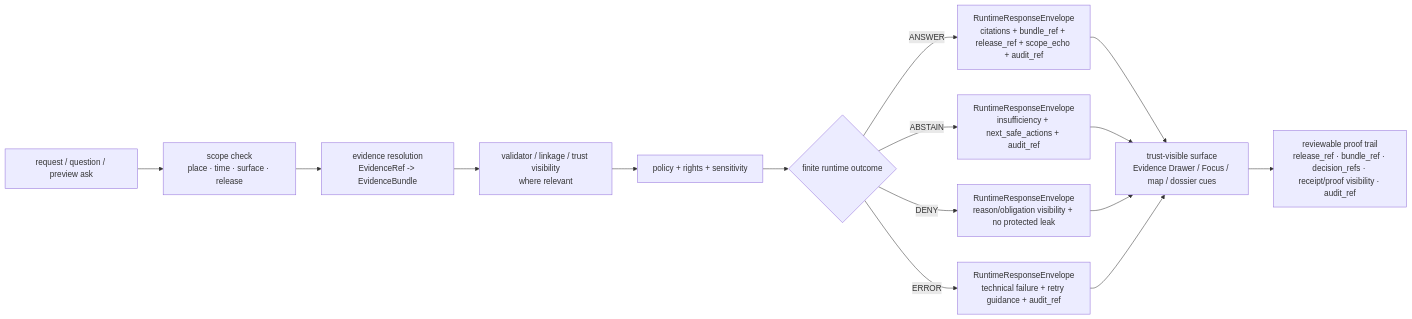
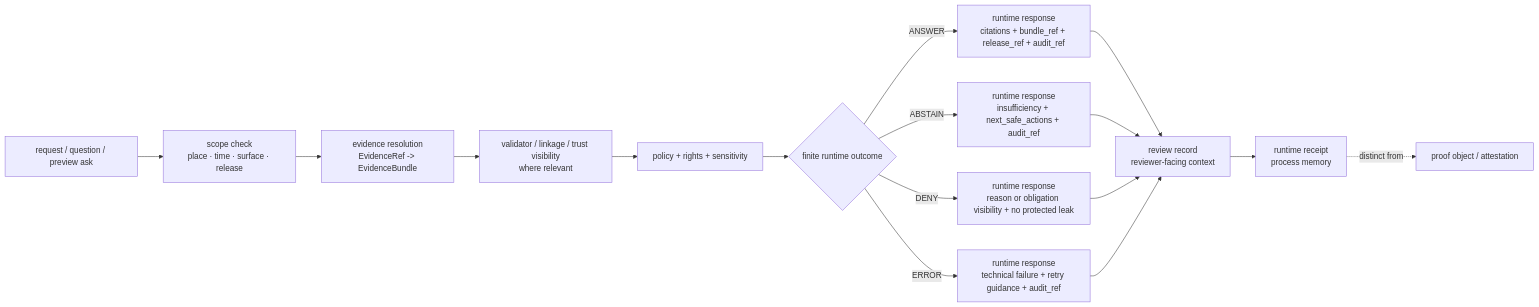
The diagram in tests/e2e/runtime_proof/README.md (bartytime4life/Kansas-Frontier-Matrix), drawn with Mermaid before and after one commit. The commit also changed other lines of this file, not shown here.

First line of the commit message:
Revise README for runtime proof with updated metadata

````diff
--- a/tests/e2e/runtime_proof/README.md
+++ b/tests/e2e/runtime_proof/README.md
@@ -415,20 +457,21 @@
 ```mermaid
 flowchart LR
     Q["request / question / preview ask"] --> S["scope check<br/>place · time · surface · release"]
     S --> ER["evidence resolution<br/>EvidenceRef -> EvidenceBundle"]
     ER --> V["validator / linkage / trust visibility<br/>where relevant"]
     V --> P["policy + rights + sensitivity"]
     P --> O{"finite runtime outcome"}
 
-    O -->|ANSWER| A["RuntimeResponseEnvelope<br/>citations + bundle_ref + release_ref + scope_echo + audit_ref"]
-    O -->|ABSTAIN| B["RuntimeResponseEnvelope<br/>insufficiency + next_safe_actions + audit_ref"]
-    O -->|DENY| D["RuntimeResponseEnvelope<br/>reason/obligation visibility + no protected leak"]
-    O -->|ERROR| E["RuntimeResponseEnvelope<br/>technical failure + retry guidance + audit_ref"]
+    O -->|ANSWER| A["runtime response<br/>citations + bundle_ref + release_ref + audit_ref"]
+    O -->|ABSTAIN| B["runtime response<br/>insufficiency + next_safe_actions + audit_ref"]
+    O -->|DENY| D["runtime response<br/>reason or obligation visibility + no protected leak"]
+    O -->|ERROR| E["runtime response<br/>technical failure + retry guidance + audit_ref"]
 
-    A --> UI["trust-visible surface<br/>Evidence Drawer / Focus / map / dossier cues"]
-    B --> UI
-    D --> UI
-    E --> UI
+    A --> RR["review record<br/>reviewer-facing context"]
+    B --> RR
+    D --> RR
+    E --> RR
 
-    UI --> R["reviewable proof trail<br/>release_ref · bundle_ref · decision_refs · receipt/proof visibility · audit_ref"]
+    RR --> RT["runtime receipt<br/>process memory"]
+    RT -. distinct from .-> PF["proof object / attestation"]
 ```
````
